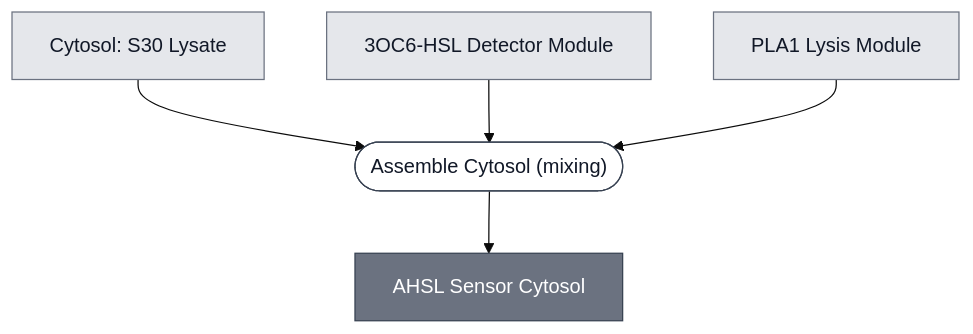
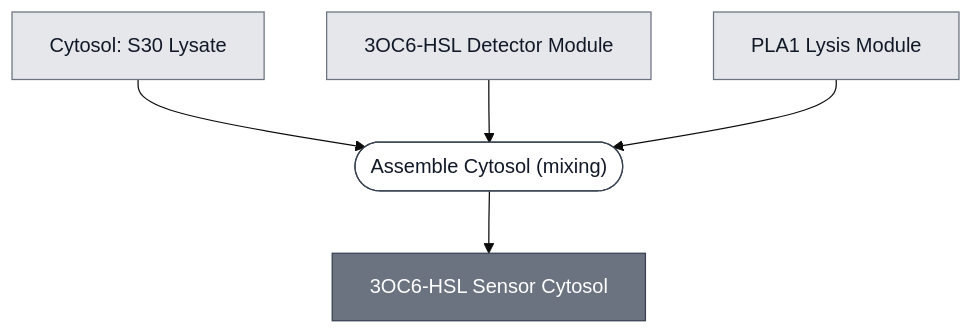
The diagram in docs/modules/ahsl-sensor-cytosol/spec.md (nucleus-eng/nucleus-docs), drawn with Mermaid (base theme) before and after one commit. The commit also changed other lines of this file and 36 other files, not shown here.

````diff
--- a/docs/modules/ahsl-sensor-cytosol/spec.md
+++ b/docs/modules/ahsl-sensor-cytosol/spec.md
@@ -31,28 +31,28 @@
 ```mermaid
 flowchart TD
     S30_LYSATE["Cytosol: S30 Lysate"]
     DETECTOR_3OC6_HSL["3OC6-HSL Detector Module"]
     EFFECTOR_PLA1["PLA1 Lysis Module"]
 
     P1_ASSEMBLE_CYTOSOL_0(["Assemble Cytosol (mixing)"])
-    AHSL_SENSOR_CYTOSOL["AHSL Sensor Cytosol"]
+    AHSL_SENSOR_CYTOSOL["3OC6-HSL Sensor Cytosol"]
 
     S30_LYSATE --> P1_ASSEMBLE_CYTOSOL_0
     DETECTOR_3OC6_HSL --> P1_ASSEMBLE_CYTOSOL_0
     EFFECTOR_PLA1 --> P1_ASSEMBLE_CYTOSOL_0
     P1_ASSEMBLE_CYTOSOL_0 --> AHSL_SENSOR_CYTOSOL
 
 
     classDef leaf     fill:#e5e7eb,stroke:#6b7280,color:#111827;
     classDef composed fill:#6b7280,stroke:#374151,color:#ffffff;
     classDef process  fill:#ffffff,stroke:#374151,color:#111827;
     class S30_LYSATE,DETECTOR_3OC6_HSL,EFFECTOR_PLA1 leaf;
     class AHSL_SENSOR_CYTOSOL composed;
     class P1_ASSEMBLE_CYTOSOL_0 process;
 
     click S30_LYSATE "/docs/modules/s30-lysate/spec"
     click DETECTOR_3OC6_HSL "/docs/modules/detector-3oc6-hsl/spec"
     click EFFECTOR_PLA1 "/docs/modules/effector-pla1/spec"
     click P1_ASSEMBLE_CYTOSOL_0 "/docs/processes/assemble-cytosol/assemble-cytosol-main"
     click AHSL_SENSOR_CYTOSOL "/docs/modules/ahsl-sensor-cytosol/spec"
 ```
````
